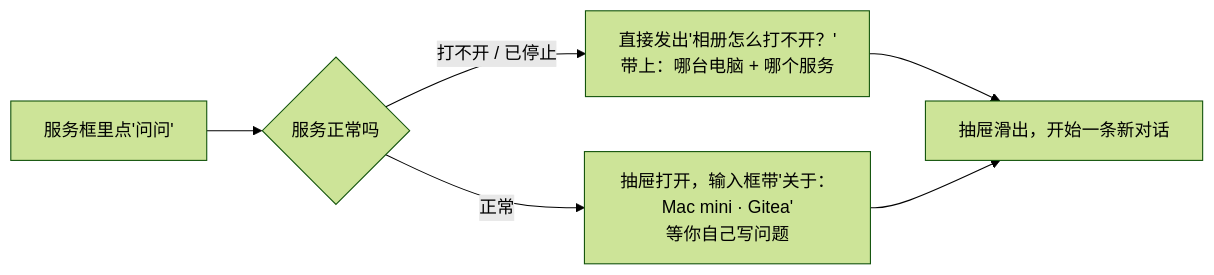
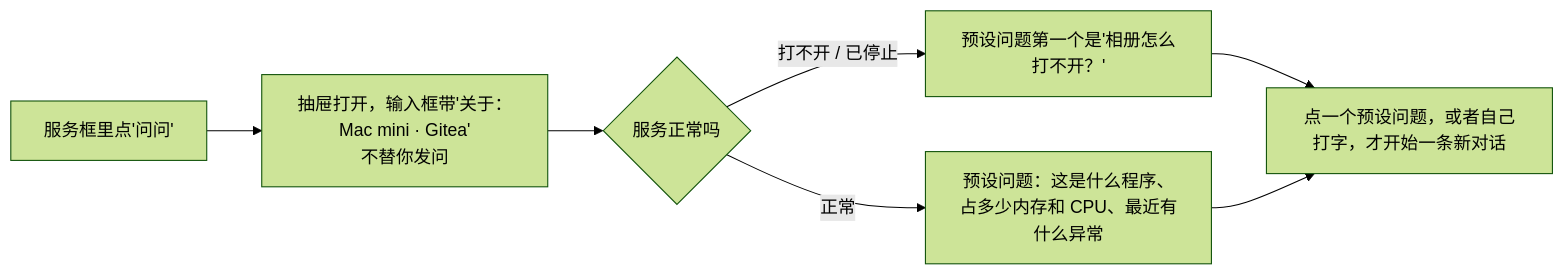
Before and after one commit to Sugarfarmeriod/TunnelMinion: the second of 4 diagrams in docs/design/map-workspace.md, drawn with Mermaid (forest theme). The commit also changed other lines of this file and 7 other files, not shown here.

````diff
--- a/docs/design/map-workspace.md
+++ b/docs/design/map-workspace.md
@@ -80,8 +80,9 @@
 ```mermaid
 flowchart LR
-    A["服务框里点'问问'"] --> B{"服务正常吗"}
-    B -- "打不开 / 已停止" --> C["直接发出'相册怎么打不开？'<br/>带上：哪台电脑 + 哪个服务"]
-    B -- "正常" --> D["抽屉打开，输入框带'关于：Mac mini · Gitea'<br/>等你自己写问题"]
-    C --> E["抽屉滑出，开始一条新对话"]
-    D --> E
+    A["服务框里点'问问'"] --> B["抽屉打开，输入框带'关于：Mac mini · Gitea'<br/>不替你发问"]
+    B --> C{"服务正常吗"}
+    C -- "打不开 / 已停止" --> D["预设问题第一个是'相册怎么打不开？'"]
+    C -- "正常" --> E["预设问题：这是什么程序、占多少内存和 CPU、最近有什么异常"]
+    D --> F["点一个预设问题，或者自己打字，才开始一条新对话"]
+    E --> F
 ```
````
